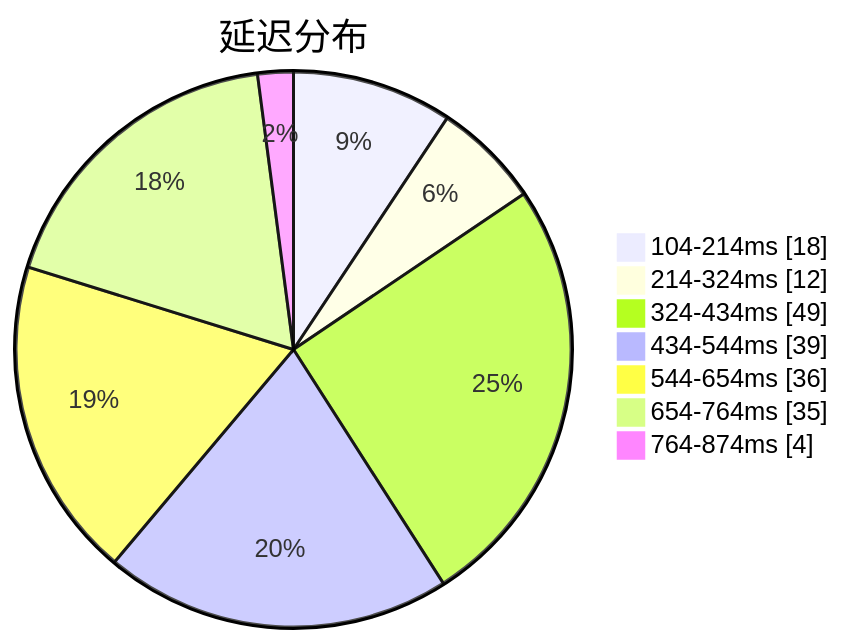
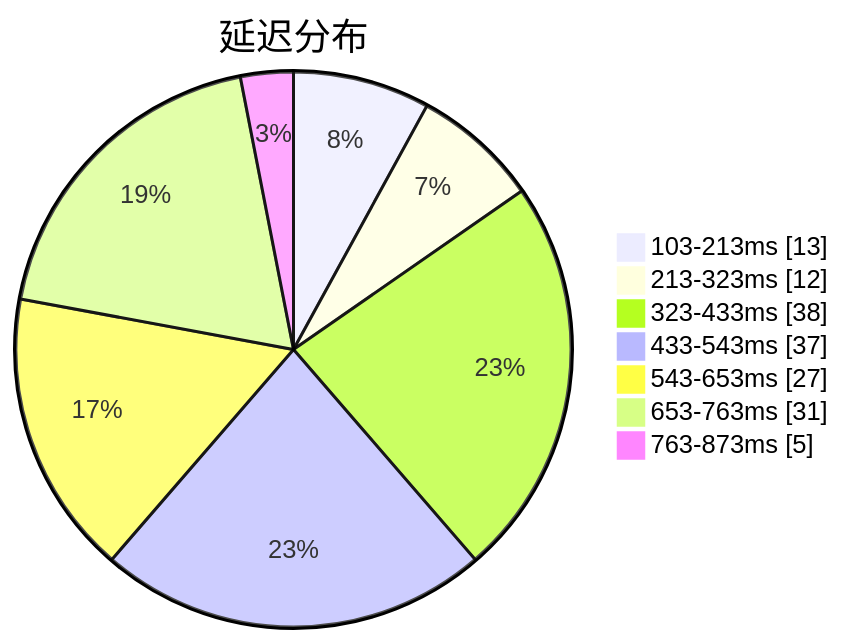
The first of 3 diagrams in subs/statistics/tested_within.md (sinspired/airport), drawn with Mermaid before and after one commit. The commit also changed other lines of this file and 2 other files, not shown here.

````diff
--- a/subs/statistics/tested_within.md
+++ b/subs/statistics/tested_within.md
@@ -2,11 +2,11 @@
 ```mermaid
 pie showData
 title 延迟分布
-"104-214ms" : 18
-"214-324ms" : 12
-"324-434ms" : 49
-"434-544ms" : 39
-"544-654ms" : 36
-"654-764ms" : 35
-"764-874ms" : 4
+"103-213ms" : 13
+"213-323ms" : 12
+"323-433ms" : 38
+"433-543ms" : 37
+"543-653ms" : 27
+"653-763ms" : 31
+"763-873ms" : 5
 ```
````
